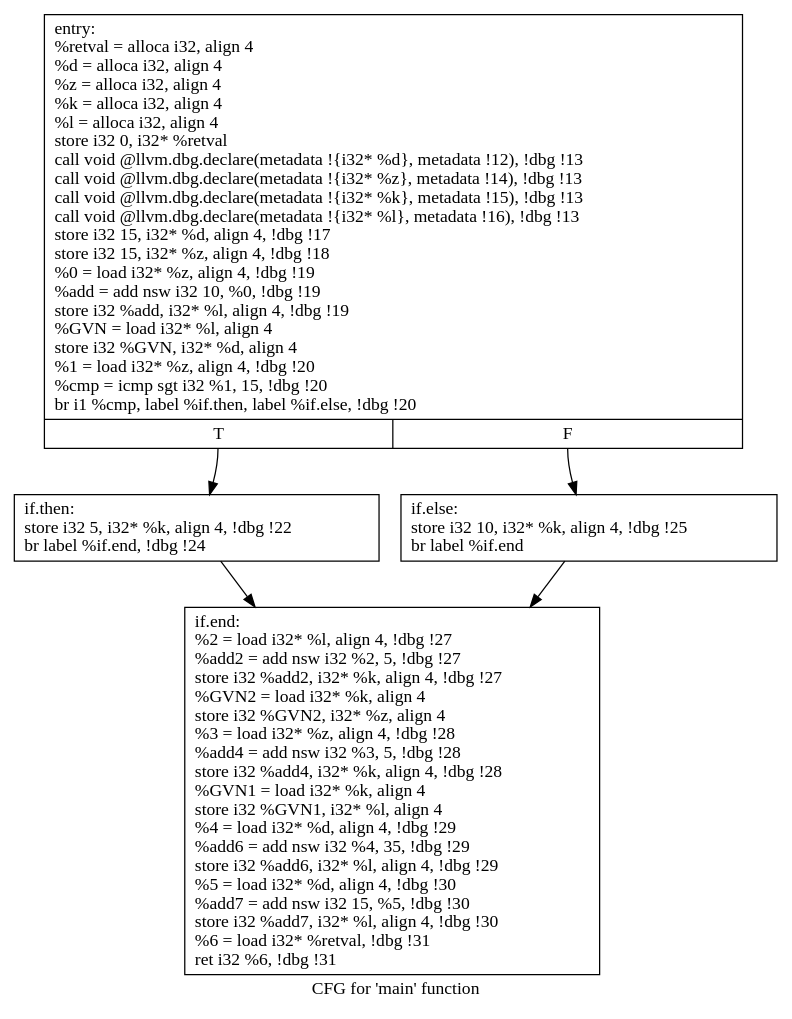
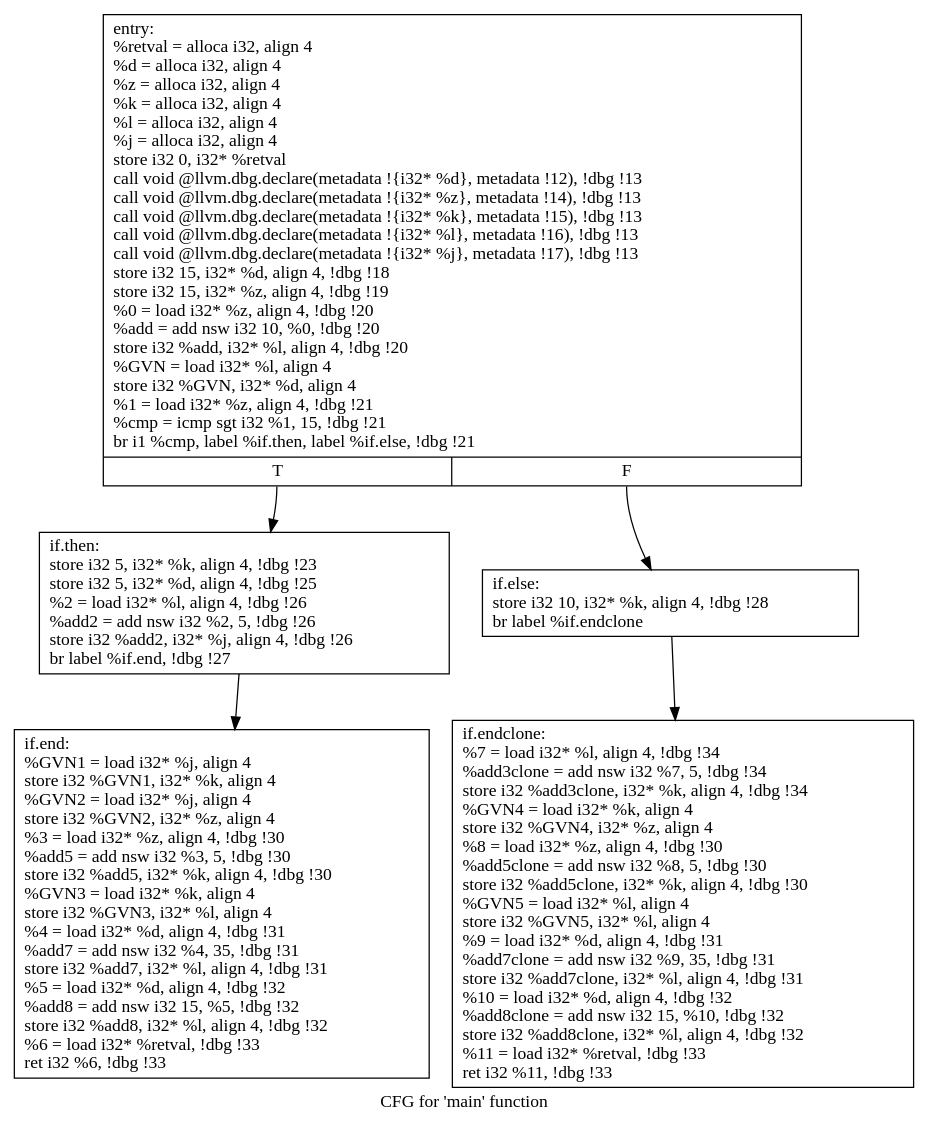
The diagram in Work/Pass/Part 3/Combine/cfg.main.dot (ddr2108/CS6241-Array_Bounding), drawn with Graphviz before and after one commit. The commit also changed 1 other file, not shown here.

Commit message:
Even more GVN bug fixes

```diff
--- a/Work/Pass/Part 3/Combine/cfg.main.dot
+++ b/Work/Pass/Part 3/Combine/cfg.main.dot
@@ -1,12 +1,13 @@
 digraph "CFG for 'main' function" {
 	label="CFG for 'main' function";
 
-	Node0x348dc00 [shape=record,label="{entry:\l  %retval = alloca i32, align 4\l  %d = alloca i32, align 4\l  %z = alloca i32, align 4\l  %k = alloca i32, align 4\l  %l = alloca i32, align 4\l  store i32 0, i32* %retval\l  call void @llvm.dbg.declare(metadata !\{i32* %d\}, metadata !12), !dbg !13\l  call void @llvm.dbg.declare(metadata !\{i32* %z\}, metadata !14), !dbg !13\l  call void @llvm.dbg.declare(metadata !\{i32* %k\}, metadata !15), !dbg !13\l  call void @llvm.dbg.declare(metadata !\{i32* %l\}, metadata !16), !dbg !13\l  store i32 15, i32* %d, align 4, !dbg !17\l  store i32 15, i32* %z, align 4, !dbg !18\l  %0 = load i32* %z, align 4, !dbg !19\l  %add = add nsw i32 10, %0, !dbg !19\l  store i32 %add, i32* %l, align 4, !dbg !19\l  %GVN = load i32* %l, align 4\l  store i32 %GVN, i32* %d, align 4\l  %1 = load i32* %z, align 4, !dbg !20\l  %cmp = icmp sgt i32 %1, 15, !dbg !20\l  br i1 %cmp, label %if.then, label %if.else, !dbg !20\l|{<s0>T|<s1>F}}"];
-	Node0x348dc00:s0 -> Node0x348af70;
-	Node0x348dc00:s1 -> Node0x3487800;
-	Node0x348af70 [shape=record,label="{if.then:                                          \l  store i32 5, i32* %k, align 4, !dbg !22\l  br label %if.end, !dbg !24\l}"];
-	Node0x348af70 -> Node0x3487860;
-	Node0x3487800 [shape=record,label="{if.else:                                          \l  store i32 10, i32* %k, align 4, !dbg !25\l  br label %if.end\l}"];
-	Node0x3487800 -> Node0x3487860;
-	Node0x3487860 [shape=record,label="{if.end:                                           \l  %2 = load i32* %l, align 4, !dbg !27\l  %add2 = add nsw i32 %2, 5, !dbg !27\l  store i32 %add2, i32* %k, align 4, !dbg !27\l  %GVN2 = load i32* %k, align 4\l  store i32 %GVN2, i32* %z, align 4\l  %3 = load i32* %z, align 4, !dbg !28\l  %add4 = add nsw i32 %3, 5, !dbg !28\l  store i32 %add4, i32* %k, align 4, !dbg !28\l  %GVN1 = load i32* %k, align 4\l  store i32 %GVN1, i32* %l, align 4\l  %4 = load i32* %d, align 4, !dbg !29\l  %add6 = add nsw i32 %4, 35, !dbg !29\l  store i32 %add6, i32* %l, align 4, !dbg !29\l  %5 = load i32* %d, align 4, !dbg !30\l  %add7 = add nsw i32 15, %5, !dbg !30\l  store i32 %add7, i32* %l, align 4, !dbg !30\l  %6 = load i32* %retval, !dbg !31\l  ret i32 %6, !dbg !31\l}"];
+	Node0x1fbfa00 [shape=record,label="{entry:\l  %retval = alloca i32, align 4\l  %d = alloca i32, align 4\l  %z = alloca i32, align 4\l  %k = alloca i32, align 4\l  %l = alloca i32, align 4\l  %j = alloca i32, align 4\l  store i32 0, i32* %retval\l  call void @llvm.dbg.declare(metadata !\{i32* %d\}, metadata !12), !dbg !13\l  call void @llvm.dbg.declare(metadata !\{i32* %z\}, metadata !14), !dbg !13\l  call void @llvm.dbg.declare(metadata !\{i32* %k\}, metadata !15), !dbg !13\l  call void @llvm.dbg.declare(metadata !\{i32* %l\}, metadata !16), !dbg !13\l  call void @llvm.dbg.declare(metadata !\{i32* %j\}, metadata !17), !dbg !13\l  store i32 15, i32* %d, align 4, !dbg !18\l  store i32 15, i32* %z, align 4, !dbg !19\l  %0 = load i32* %z, align 4, !dbg !20\l  %add = add nsw i32 10, %0, !dbg !20\l  store i32 %add, i32* %l, align 4, !dbg !20\l  %GVN = load i32* %l, align 4\l  store i32 %GVN, i32* %d, align 4\l  %1 = load i32* %z, align 4, !dbg !21\l  %cmp = icmp sgt i32 %1, 15, !dbg !21\l  br i1 %cmp, label %if.then, label %if.else, !dbg !21\l|{<s0>T|<s1>F}}"];
+	Node0x1fbfa00:s0 -> Node0x1fbfa60;
+	Node0x1fbfa00:s1 -> Node0x1fbfac0;
+	Node0x1fbfa60 [shape=record,label="{if.then:                                          \l  store i32 5, i32* %k, align 4, !dbg !23\l  store i32 5, i32* %d, align 4, !dbg !25\l  %2 = load i32* %l, align 4, !dbg !26\l  %add2 = add nsw i32 %2, 5, !dbg !26\l  store i32 %add2, i32* %j, align 4, !dbg !26\l  br label %if.end, !dbg !27\l}"];
+	Node0x1fbfa60 -> Node0x1fbfb20;
+	Node0x1fbfac0 [shape=record,label="{if.else:                                          \l  store i32 10, i32* %k, align 4, !dbg !28\l  br label %if.endclone\l}"];
+	Node0x1fbfac0 -> Node0x1fe7db0;
+	Node0x1fbfb20 [shape=record,label="{if.end:                                           \l  %GVN1 = load i32* %j, align 4\l  store i32 %GVN1, i32* %k, align 4\l  %GVN2 = load i32* %j, align 4\l  store i32 %GVN2, i32* %z, align 4\l  %3 = load i32* %z, align 4, !dbg !30\l  %add5 = add nsw i32 %3, 5, !dbg !30\l  store i32 %add5, i32* %k, align 4, !dbg !30\l  %GVN3 = load i32* %k, align 4\l  store i32 %GVN3, i32* %l, align 4\l  %4 = load i32* %d, align 4, !dbg !31\l  %add7 = add nsw i32 %4, 35, !dbg !31\l  store i32 %add7, i32* %l, align 4, !dbg !31\l  %5 = load i32* %d, align 4, !dbg !32\l  %add8 = add nsw i32 15, %5, !dbg !32\l  store i32 %add8, i32* %l, align 4, !dbg !32\l  %6 = load i32* %retval, !dbg !33\l  ret i32 %6, !dbg !33\l}"];
+	Node0x1fe7db0 [shape=record,label="{if.endclone:                                      \l  %7 = load i32* %l, align 4, !dbg !34\l  %add3clone = add nsw i32 %7, 5, !dbg !34\l  store i32 %add3clone, i32* %k, align 4, !dbg !34\l  %GVN4 = load i32* %k, align 4\l  store i32 %GVN4, i32* %z, align 4\l  %8 = load i32* %z, align 4, !dbg !30\l  %add5clone = add nsw i32 %8, 5, !dbg !30\l  store i32 %add5clone, i32* %k, align 4, !dbg !30\l  %GVN5 = load i32* %l, align 4\l  store i32 %GVN5, i32* %l, align 4\l  %9 = load i32* %d, align 4, !dbg !31\l  %add7clone = add nsw i32 %9, 35, !dbg !31\l  store i32 %add7clone, i32* %l, align 4, !dbg !31\l  %10 = load i32* %d, align 4, !dbg !32\l  %add8clone = add nsw i32 15, %10, !dbg !32\l  store i32 %add8clone, i32* %l, align 4, !dbg !32\l  %11 = load i32* %retval, !dbg !33\l  ret i32 %11, !dbg !33\l}"];
 }
```
